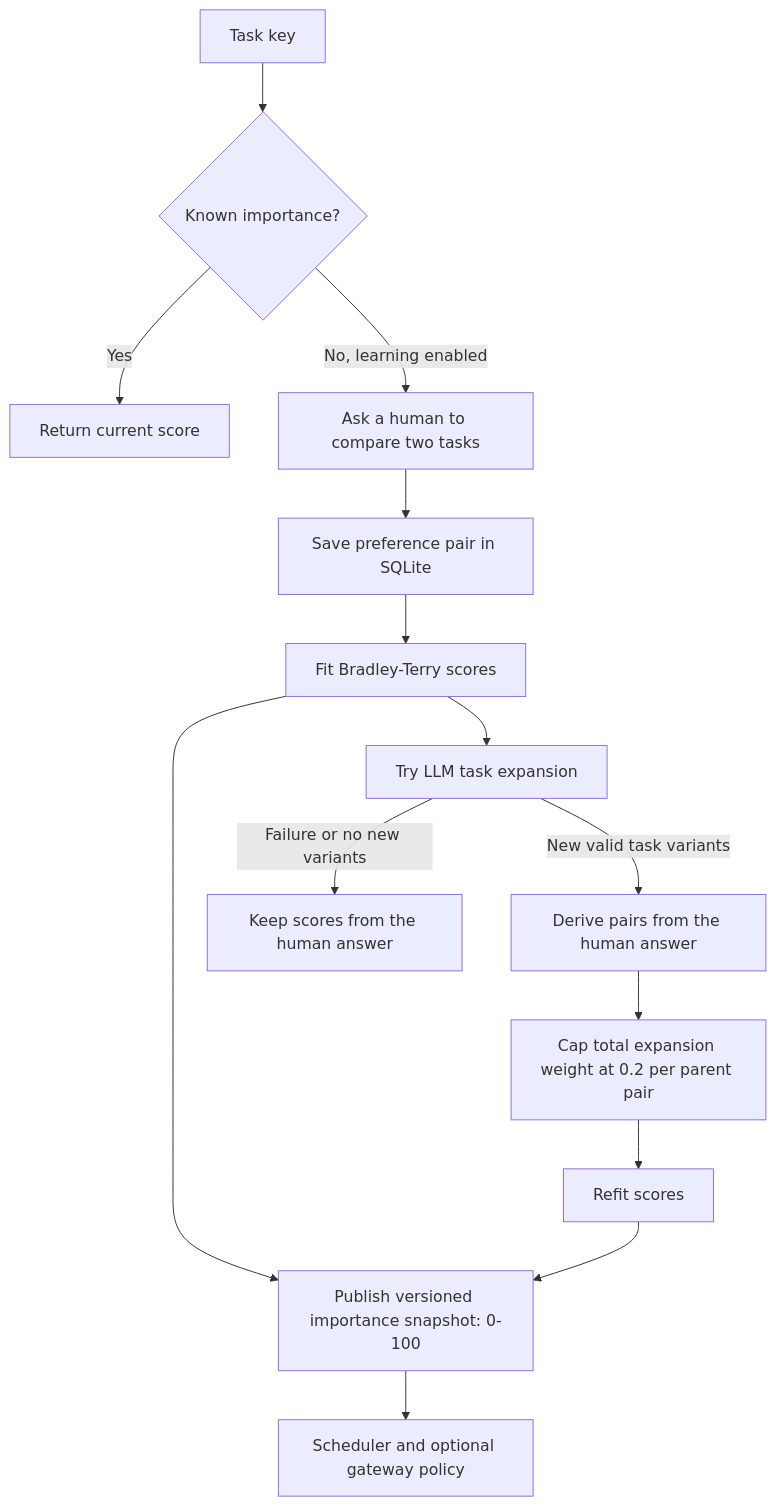
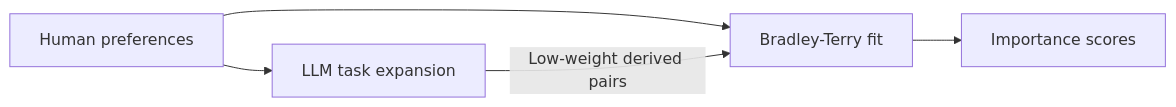
One commit to openai-hackathon/iases changed the second of 2 diagrams in README.md. Above: the diagram before and after it, drawn with Mermaid. The commit also changed other lines of this file, not shown here.

Commit message:
Simplify architecture and learning diagrams

````diff
--- a/README.md
+++ b/README.md
@@ -46,16 +33,7 @@
 ```mermaid
-flowchart TD
-    Task["Task key"] --> Lookup{"Known importance?"}
-    Lookup -->|"Yes"| Existing["Return current score"]
-    Lookup -->|"No, learning enabled"| Human["Ask a human to compare two tasks"]
-    Human --> Pair["Save preference pair in SQLite"]
-    Pair --> Fit["Fit Bradley-Terry scores"]
-    Fit --> Publish["Publish versioned importance snapshot: 0-100"]
-    Fit --> Expand["Try LLM task expansion"]
-    Expand -->|"New valid task variants"| Derived["Derive pairs from the human answer"]
-    Derived --> Weight["Cap total expansion weight at 0.2 per parent pair"]
-    Weight --> Refit["Refit scores"]
-    Refit --> Publish
-    Expand -->|"Failure or no new variants"| Keep["Keep scores from the human answer"]
-    Publish --> Consumers["Scheduler and optional gateway policy"]
+flowchart LR
+    Human["Human preferences"] --> Fit["Bradley-Terry fit"]
+    Fit --> Scores["Importance scores"]
+    Human --> Expand["LLM task expansion"]
+    Expand -->|"Low-weight derived pairs"| Fit
 ```
````
